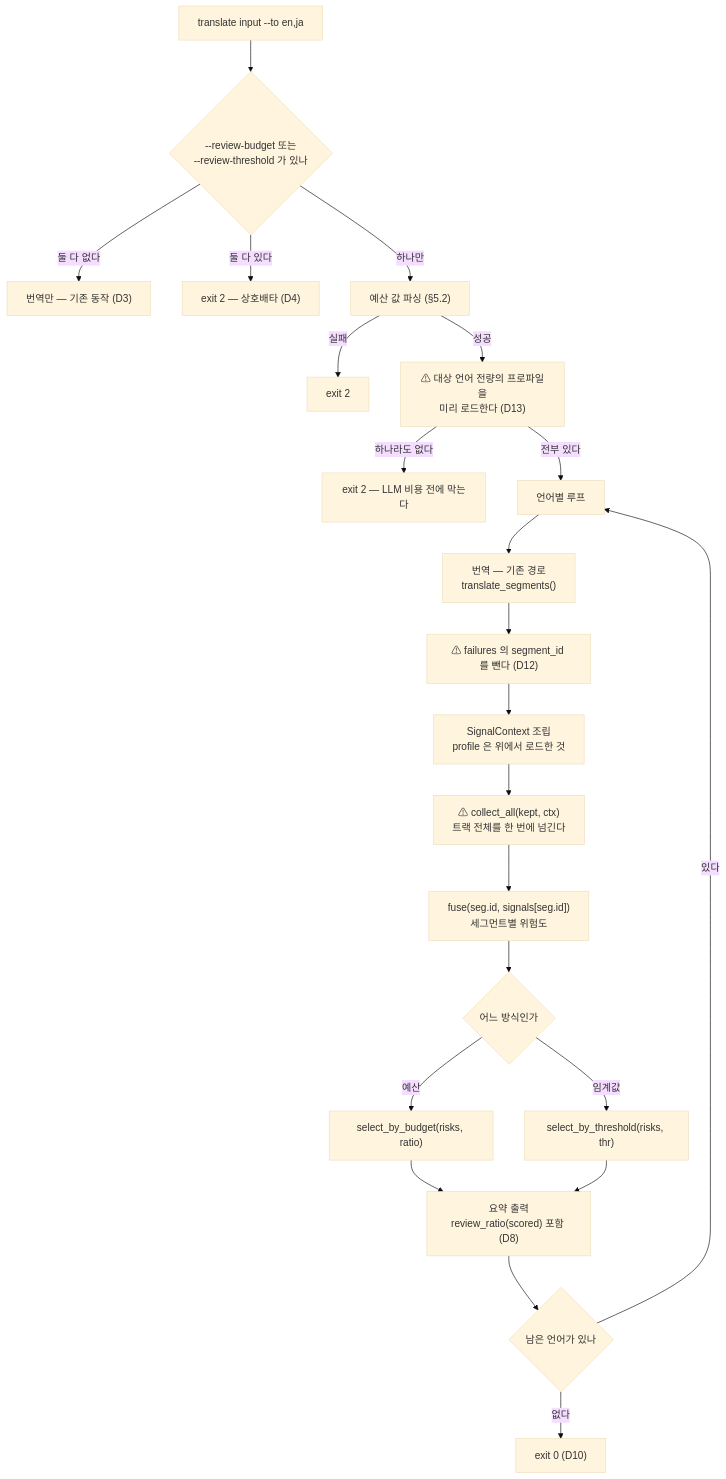
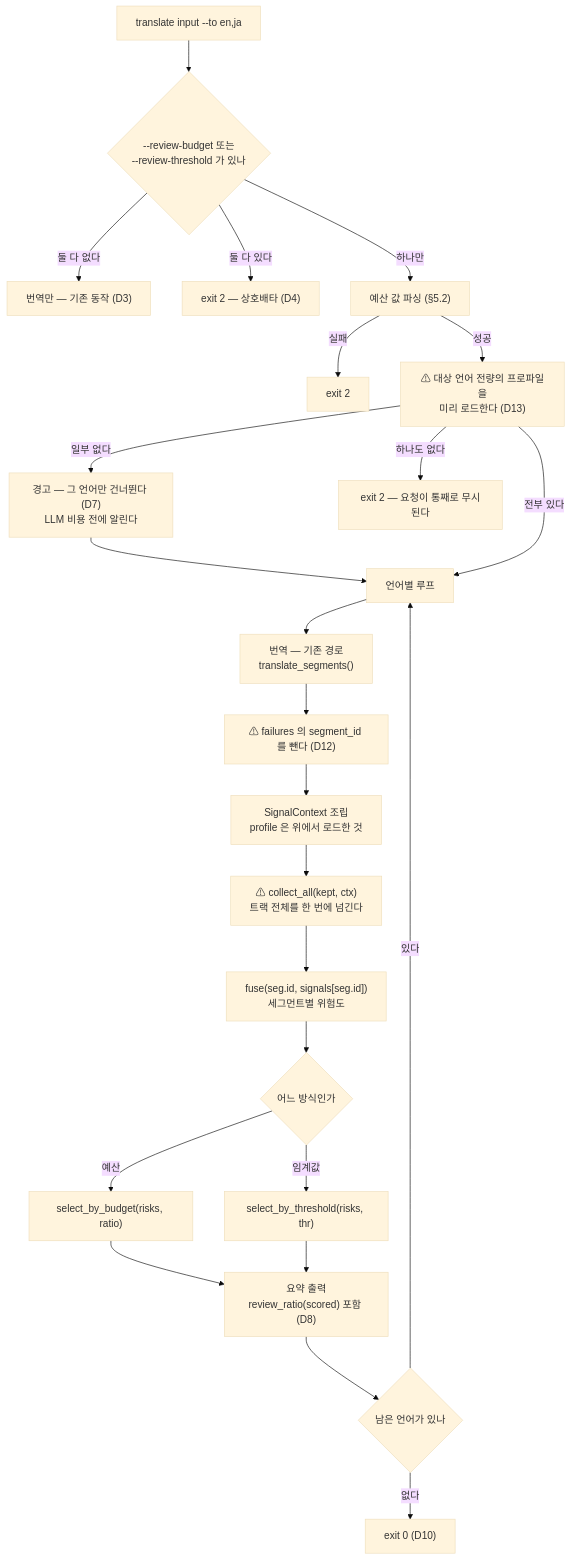
One commit to withwooyong/cuesift changed the second of 2 diagrams in docs/superpowers/specs/2026-08-18-triage-cli-design.md. Above: the diagram before and after it, drawn with Mermaid (base theme). The commit also changed other lines of this file and 1 other file, not shown here.

````diff
--- a/docs/superpowers/specs/2026-08-18-triage-cli-design.md
+++ b/docs/superpowers/specs/2026-08-18-triage-cli-design.md
@@ -210,24 +210,26 @@
 ```mermaid
 flowchart TD
     A["translate input --to en,ja"] --> B{"--review-budget 또는<br/>--review-threshold 가 있나"}
     B -->|둘 다 없다| C["번역만 — 기존 동작 (D3)"]
     B -->|둘 다 있다| D["exit 2 — 상호배타 (D4)"]
     B -->|하나만| P0["예산 값 파싱 (§5.2)"]
     P0 -->|실패| D2["exit 2"]
     P0 -->|성공| P1["⚠ 대상 언어 전량의 프로파일을<br/>미리 로드한다 (D13)"]
-    P1 -->|하나라도 없다| H["exit 2 — LLM 비용 전에 막는다"]
+    P1 -->|일부 없다| W["경고 — 그 언어만 건너뛴다 (D7)<br/>LLM 비용 전에 알린다"]
+    P1 -->|하나도 없다| H["exit 2 — 요청이 통째로 무시된다"]
+    W --> E
     P1 -->|전부 있다| E["언어별 루프"]
     E --> F["번역 — 기존 경로<br/>translate_segments()"]
     F --> X["⚠ failures 의 segment_id 를 뺀다 (D12)"]
     X --> I["SignalContext 조립<br/>profile 은 위에서 로드한 것"]
     I --> J["⚠ collect_all(kept, ctx)<br/>트랙 전체를 한 번에 넘긴다"]
     J --> K["fuse(seg.id, signals[seg.id])<br/>세그먼트별 위험도"]
     K --> L{"어느 방식인가"}
     L -->|예산| M["select_by_budget(risks, ratio)"]
     L -->|임계값| N["select_by_threshold(risks, thr)"]
     M --> O["요약 출력<br/>review_ratio(scored) 포함 (D8)"]
     N --> O
     O --> Q1{"남은 언어가 있나"}
     Q1 -->|있다| E
     Q1 -->|없다| Q["exit 0 (D10)"]
 ```
````
